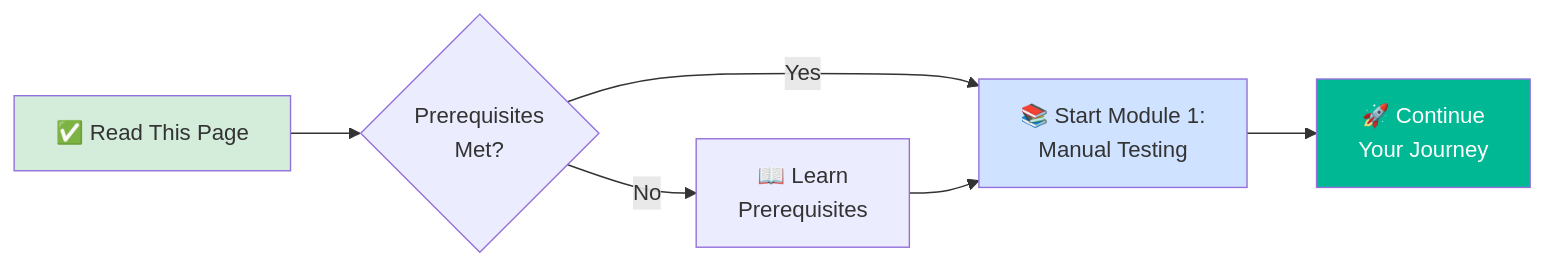
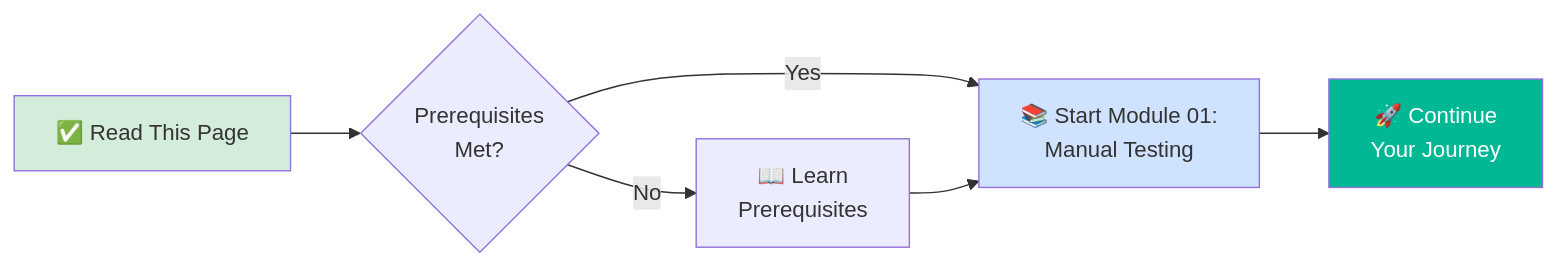
The fourth of 4 diagrams in 00-introduction/README.md (ghanendra-sdet/qa-to-sdet-roadmap), drawn with Mermaid before and after one commit. The commit also changed other lines of this file and 23 other files, not shown here.

````diff
--- a/00-introduction/README.md
+++ b/00-introduction/README.md
@@ -680,13 +752,13 @@
 ```mermaid
 graph LR
     A[✅ Read This Page] --> B{Prerequisites<br/>Met?}
-    B -->|Yes| C[📚 Start Module 1:<br/>Manual Testing]
+    B -->|Yes| C[📚 Start Module 01:<br/>Manual Testing]
     B -->|No| D[📖 Learn<br/>Prerequisites]
     D --> C
-    
+
     C --> E[🚀 Continue<br/>Your Journey]
-    
+
     style A fill:#d4edda
     style C fill:#cfe2ff
     style E fill:#00b894,color:#fff
 ```
````
